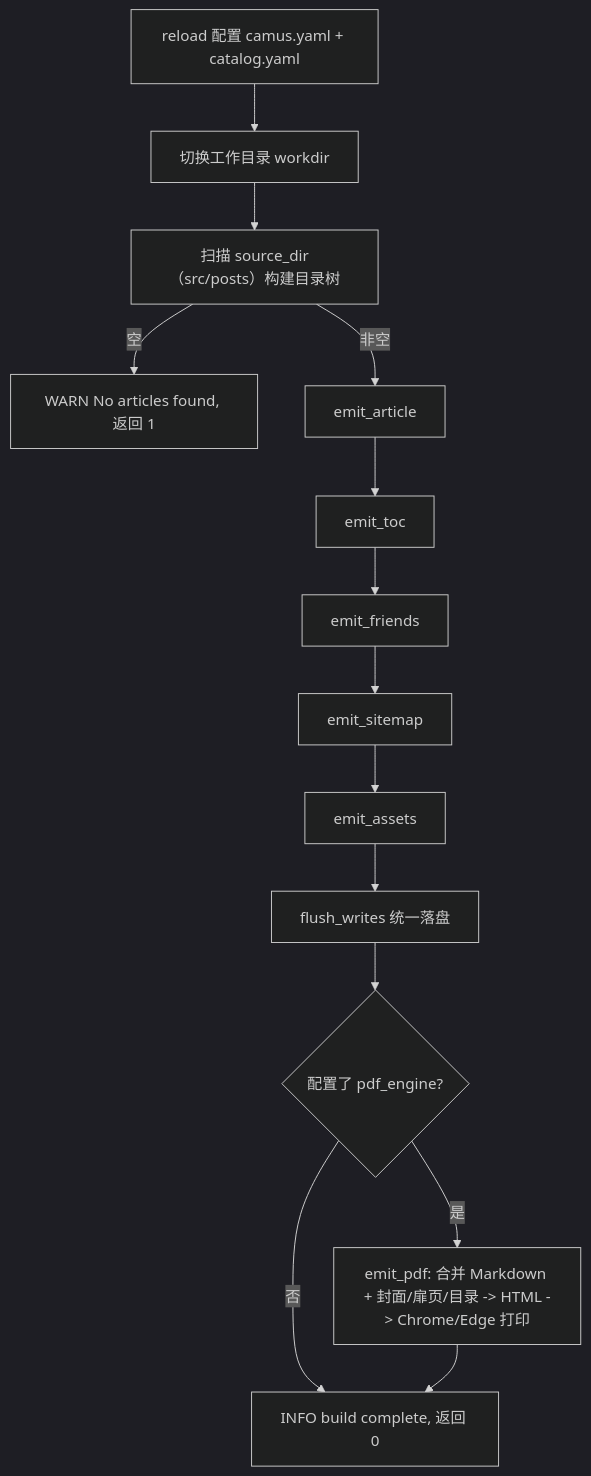
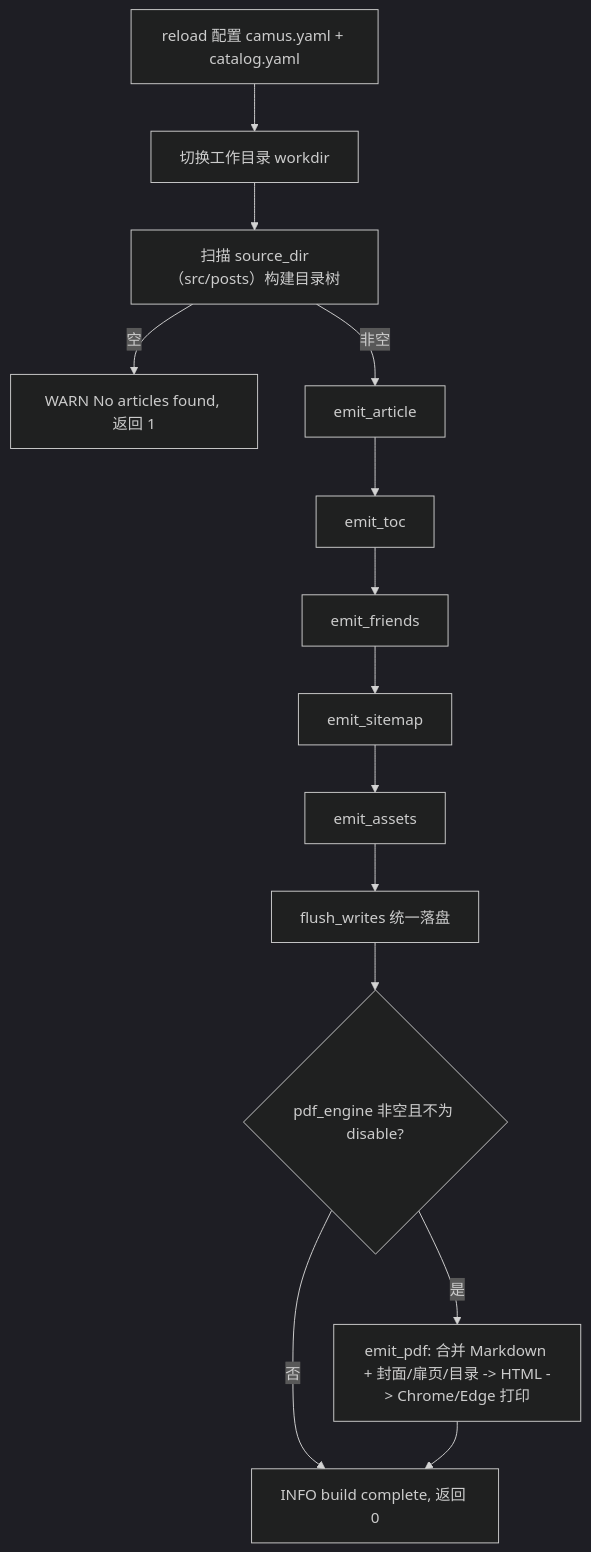
One commit to o8x/camus changed the diagram in docs/prd/01-overview.md. Above: the diagram before and after it, drawn with Mermaid (dark theme). The commit also changed other lines of this file and 8 other files, not shown here.

Commit message:
feat: flatten render config and add pdf disable option

````diff
--- a/docs/prd/01-overview.md
+++ b/docs/prd/01-overview.md
@@ -54,16 +54,16 @@
 ```mermaid
 flowchart TD
     A[reload 配置 camus.yaml + catalog.yaml] --> B[切换工作目录 workdir]
     B --> C[扫描 source_dir（src/posts）构建目录树]
     C -->|空| W[WARN No articles found, 返回 1]
     C -->|非空| D[emit_article]
     D --> E[emit_toc]
     E --> F[emit_friends]
     F --> G[emit_sitemap]
     G --> H[emit_assets]
     H --> I[flush_writes 统一落盘]
-    I --> P{配置了 pdf_engine?}
+    I --> P{pdf_engine 非空且不为 disable?}
     P -->|是| Q[emit_pdf: 合并 Markdown + 封面/扉页/目录 -> HTML -> Chrome/Edge 打印]
     P -->|否| J
     Q --> J[INFO build complete, 返回 0]
 ```
````
